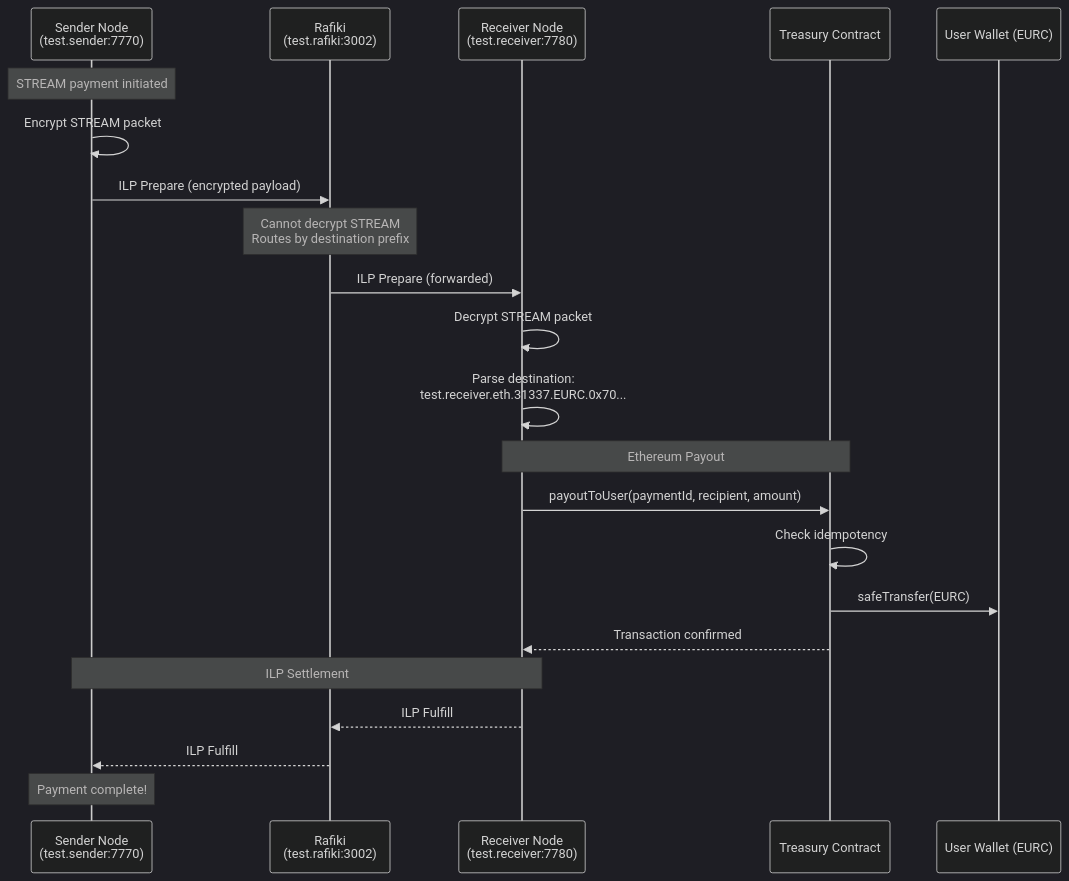
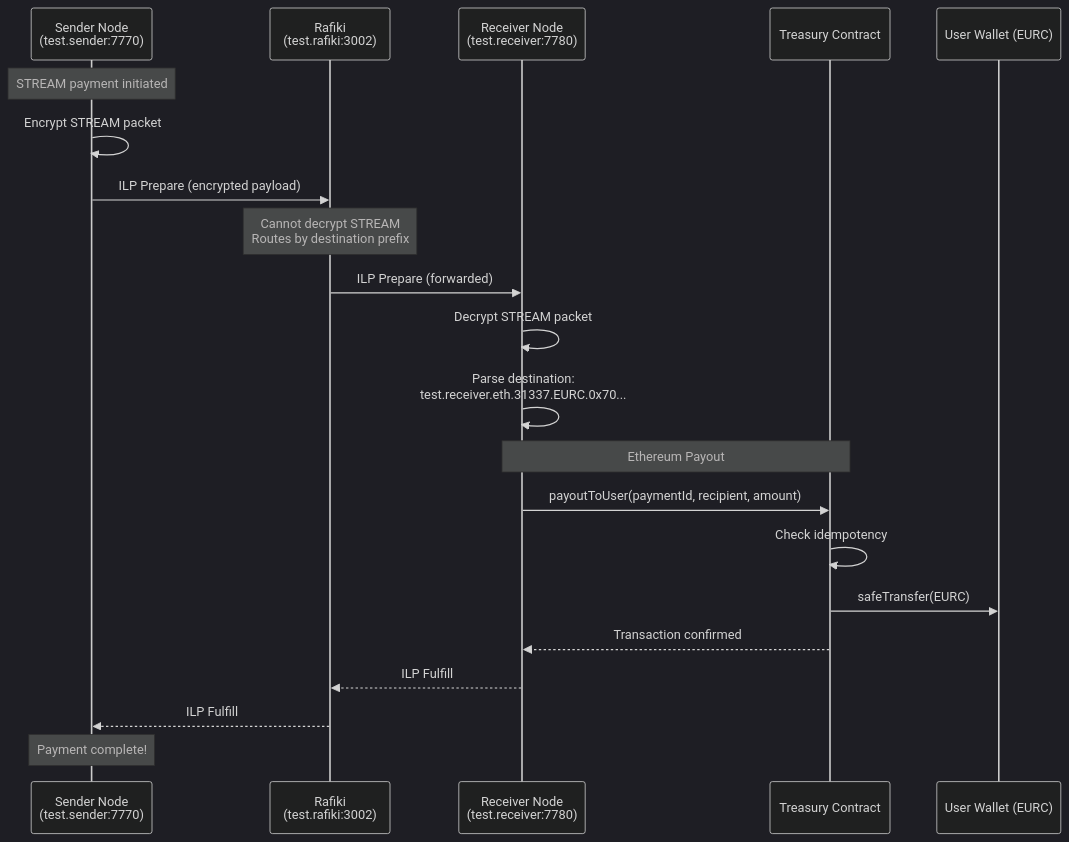
Before and after one commit to sanducb/poc: the diagram in README.md, drawn with Mermaid (dark theme).

Commit message:
update mermaidt

````diff
--- a/README.md
+++ b/README.md
@@ -124,30 +124,29 @@
 ```mermaid
 sequenceDiagram
     participant Sender as Sender Node<br/>(test.sender:7770)
     participant Rafiki as Rafiki<br/>(test.rafiki:3002)
     participant Receiver as Receiver Node<br/>(test.receiver:7780)
     participant Treasury as Treasury Contract
     participant Wallet as User Wallet (EURC)
 
     Note over Sender: STREAM payment initiated
     Sender->>Sender: Encrypt STREAM packet
     Sender->>Rafiki: ILP Prepare (encrypted payload)
     
     Note over Rafiki: Cannot decrypt STREAM<br/>Routes by destination prefix
     Rafiki->>Receiver: ILP Prepare (forwarded)
     
     Receiver->>Receiver: Decrypt STREAM packet
     Receiver->>Receiver: Parse destination:<br/>test.receiver.eth.31337.EURC.0x70...
     
     Note over Receiver,Treasury: Ethereum Payout
     Receiver->>Treasury: payoutToUser(paymentId, recipient, amount)
     Treasury->>Treasury: Check idempotency
     Treasury->>Wallet: safeTransfer(EURC)
     Treasury-->>Receiver: Transaction confirmed
     
-    Note over Receiver,Sender: ILP Settlement
     Receiver-->>Rafiki: ILP Fulfill
     Rafiki-->>Sender: ILP Fulfill
     
     Note over Sender: Payment complete!
 ```
````
